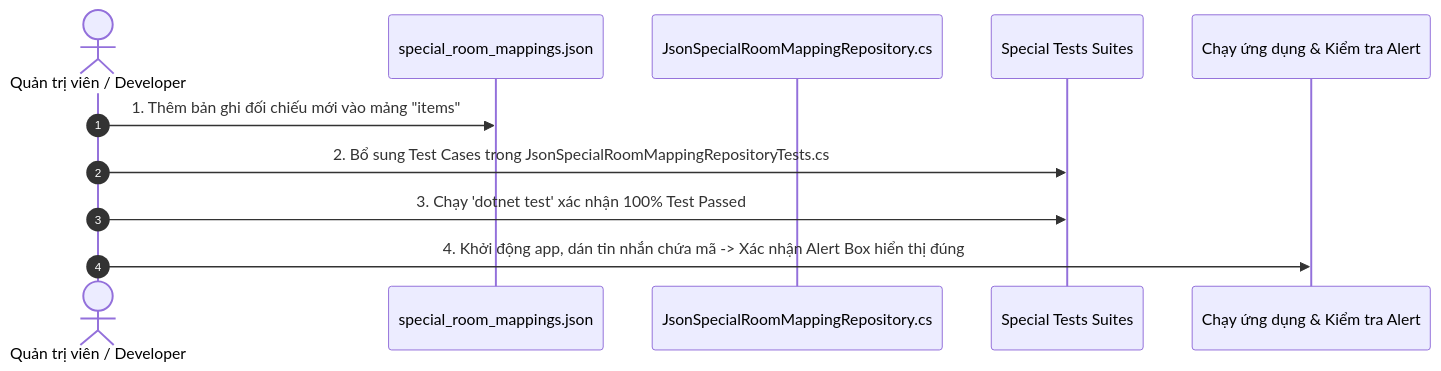
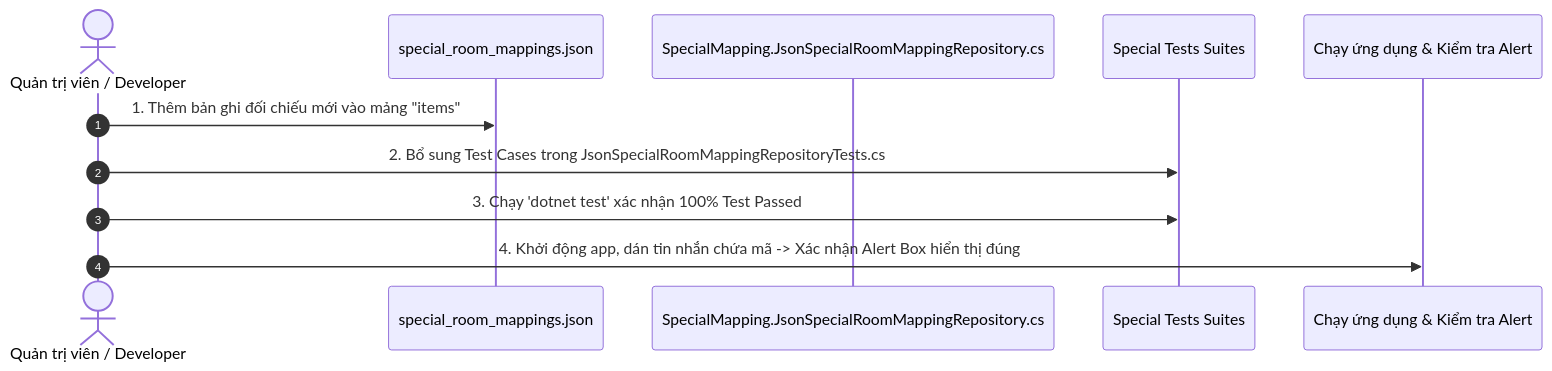
One commit to vuthuonghai-steve/Sale_extension changed the sixth of 6 diagrams in app_native_desktop/app_forms/Docs/Maps/02_Special_Room_Mapping_Mindmap.md. Above: the diagram before and after it, drawn with Mermaid. The commit also changed other lines of this file, not shown here.

Commit message:
docs(maps): update special room mapping mindmap with clean architecture and flat naming pattern

````diff
--- a/app_native_desktop/app_forms/Docs/Maps/02_Special_Room_Mapping_Mindmap.md
+++ b/app_native_desktop/app_forms/Docs/Maps/02_Special_Room_Mapping_Mindmap.md
@@ -351,14 +393,14 @@
 ```mermaid
 sequenceDiagram
     autonumber
     actor Dev as Quản trị viên / Developer
     participant JSON as special_room_mappings.json
-    participant Repo as JsonSpecialRoomMappingRepository.cs
+    participant Repo as SpecialMapping.JsonSpecialRoomMappingRepository.cs
     participant Test as Special Tests Suites
     participant App as Chạy ứng dụng & Kiểm tra Alert
 
     Dev->>JSON: 1. Thêm bản ghi đối chiếu mới vào mảng "items"
     Dev->>Test: 2. Bổ sung Test Cases trong JsonSpecialRoomMappingRepositoryTests.cs
     Dev->>Test: 3. Chạy 'dotnet test' xác nhận 100% Test Passed
     Dev->>App: 4. Khởi động app, dán tin nhắn chứa mã -> Xác nhận Alert Box hiển thị đúng
 ```
````
